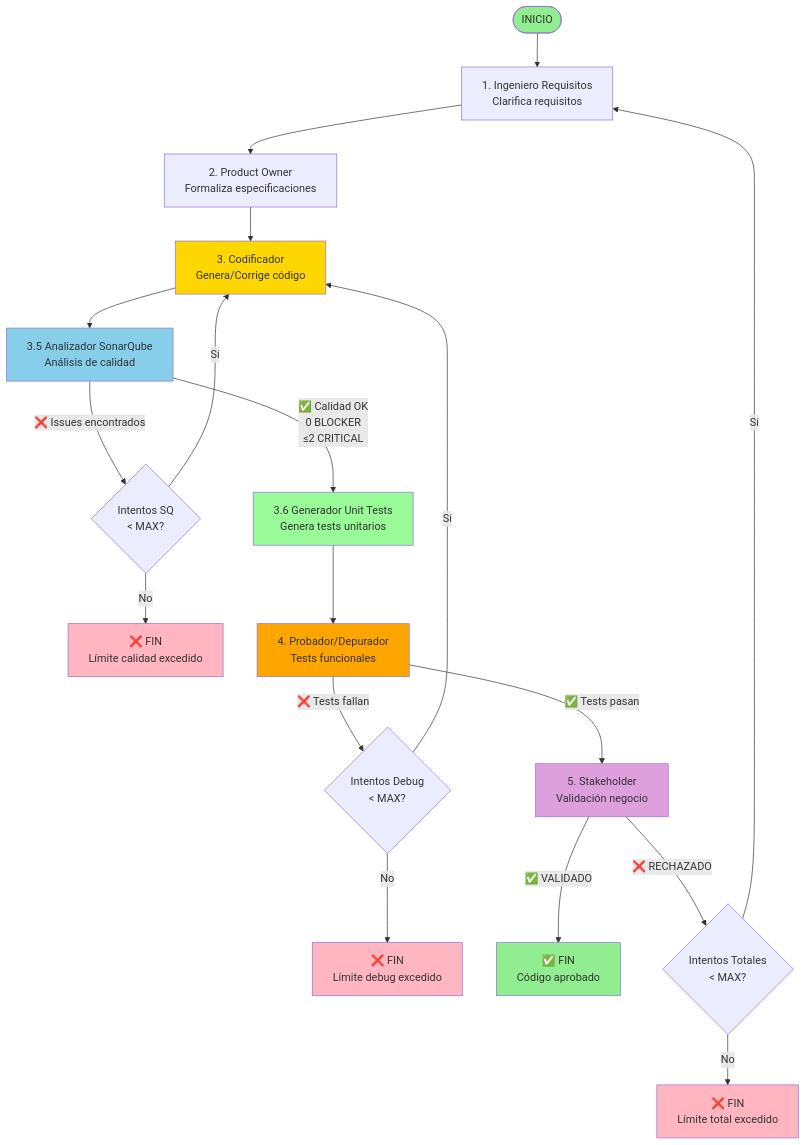
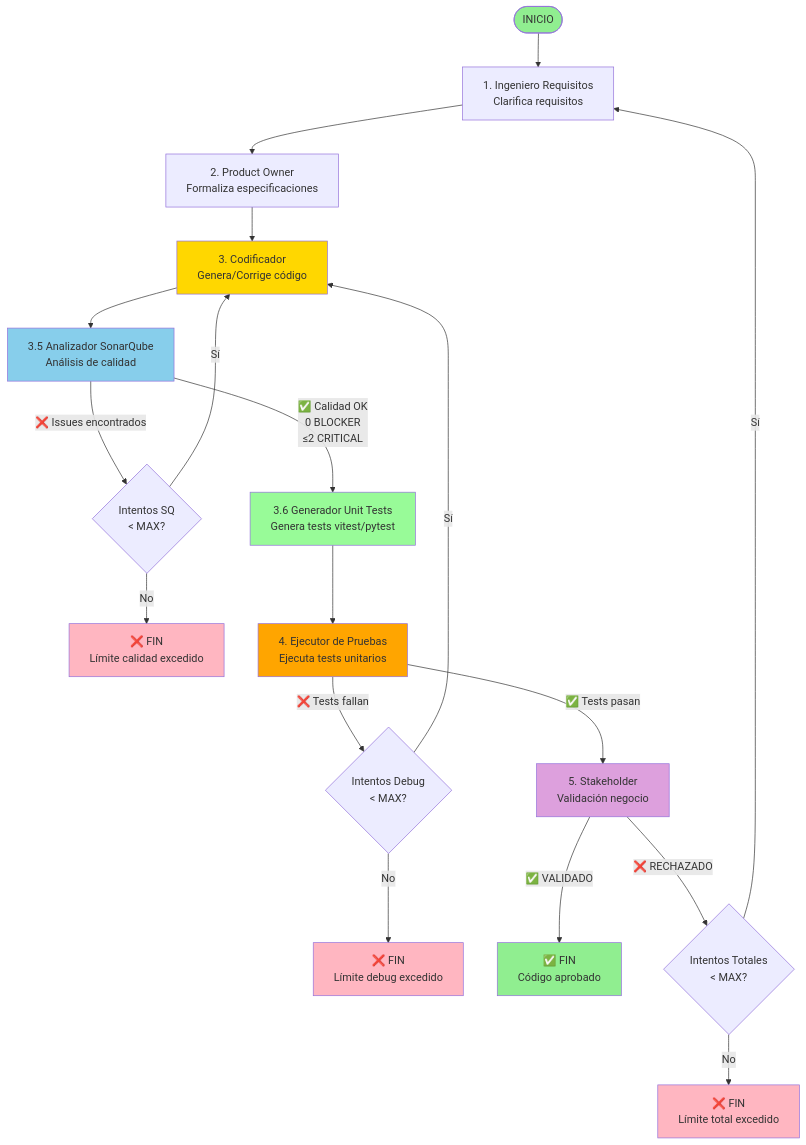
One commit to DavidVelazquezBernal/Capstone-proyect changed the diagram in FLOW_DIAGRAM.md. Above: the diagram before and after it, drawn with Mermaid. The commit also changed other lines of this file and 18 other files, not shown here.

````diff
--- a/FLOW_DIAGRAM.md
+++ b/FLOW_DIAGRAM.md
@@ -5,36 +5,36 @@
 ```mermaid
 graph TD
     START([INICIO]) --> IR[1. Ingeniero Requisitos<br/>Clarifica requisitos]
     IR --> PO[2. Product Owner<br/>Formaliza especificaciones]
     PO --> COD[3. Codificador<br/>Genera/Corrige código]
     
     COD --> SQ[3.5 Analizador SonarQube<br/>Análisis de calidad]
     
-    SQ -->|✅ Calidad OK<br/>0 BLOCKER<br/>≤2 CRITICAL| GUT[3.6 Generador Unit Tests<br/>Genera tests unitarios]
+    SQ -->|✅ Calidad OK<br/>0 BLOCKER<br/>≤2 CRITICAL| GUT[3.6 Generador Unit Tests<br/>Genera tests vitest/pytest]
     SQ -->|❌ Issues encontrados| SQCHECK{Intentos SQ<br/>< MAX?}
     SQCHECK -->|Sí| COD
     SQCHECK -->|No| ENDLIMIT1[❌ FIN<br/>Límite calidad excedido]
     
-    GUT --> PROB[4. Probador/Depurador<br/>Tests funcionales]
+    GUT --> PROB[4. Ejecutor de Pruebas<br/>Ejecuta tests unitarios]
     
     PROB -->|✅ Tests pasan| SH[5. Stakeholder<br/>Validación negocio]
     PROB -->|❌ Tests fallan| DEBUGCHECK{Intentos Debug<br/>< MAX?}
     DEBUGCHECK -->|Sí| COD
     DEBUGCHECK -->|No| ENDLIMIT2[❌ FIN<br/>Límite debug excedido]
     
     SH -->|✅ VALIDADO| ENDSUCCESS[✅ FIN<br/>Código aprobado]
     SH -->|❌ RECHAZADO| ATTEMPTCHECK{Intentos Totales<br/>< MAX?}
     ATTEMPTCHECK -->|Sí| IR
     ATTEMPTCHECK -->|No| ENDFINAL[❌ FIN<br/>Límite total excedido]
     
     style START fill:#90EE90
     style ENDSUCCESS fill:#90EE90
     style ENDLIMIT1 fill:#FFB6C1
     style ENDLIMIT2 fill:#FFB6C1
     style ENDFINAL fill:#FFB6C1
     style SQ fill:#87CEEB
     style GUT fill:#98FB98
     style COD fill:#FFD700
     style PROB fill:#FFA500
     style SH fill:#DDA0DD
 ```
````
